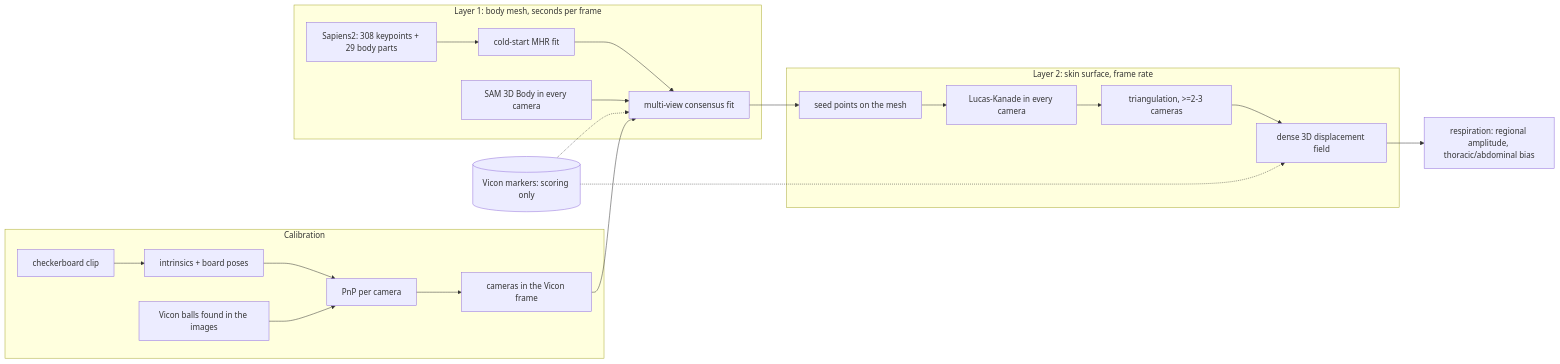
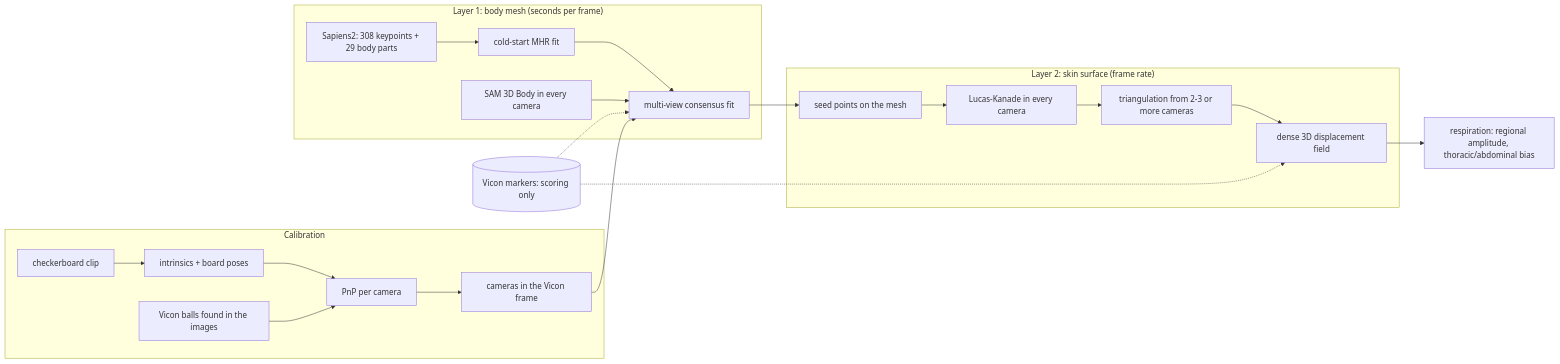
The diagram in README.md (davidthomas411/multi-view-breathing-mesh), drawn with Mermaid before and after one commit. The commit also changed other lines of this file and 14 other files, not shown here.

First line of the commit message:
Add the Sapiens2 cold-start analysis (including its failure on the abdomen), skin-tracking recordings and diagnostics

````diff
--- a/README.md
+++ b/README.md
@@ -39,22 +39,22 @@
 ```mermaid
 flowchart LR
-  subgraph CAL[Calibration]
-    ECal[checkerboard clip] --> Kb[intrinsics + board poses]
-    Balls[Vicon balls found in the images] --> PnP[PnP per camera]
-    Kb --> PnP --> Cams[cameras in the Vicon frame]
+  subgraph CAL["Calibration"]
+    ECal["checkerboard clip"] --> Kb["intrinsics + board poses"]
+    Balls["Vicon balls found in the images"] --> PnP["PnP per camera"]
+    Kb --> PnP --> Cams["cameras in the Vicon frame"]
   end
-  subgraph L1[Layer 1: body mesh, seconds per frame]
-    S2[Sapiens2: 308 keypoints + 29 body parts] --> CS[cold-start MHR fit]
-    SAM[SAM 3D Body in every camera] --> MV[multi-view consensus fit]
+  subgraph L1["Layer 1: body mesh (seconds per frame)"]
+    S2["Sapiens2: 308 keypoints + 29 body parts"] --> CS["cold-start MHR fit"]
+    SAM["SAM 3D Body in every camera"] --> MV["multi-view consensus fit"]
     CS --> MV
   end
-  subgraph L2[Layer 2: skin surface, frame rate]
-    Seeds[seed points on the mesh] --> LK[Lucas-Kanade in every camera]
-    LK --> Tri[triangulation, >=2-3 cameras] --> Disp[dense 3D displacement field]
+  subgraph L2["Layer 2: skin surface (frame rate)"]
+    Seeds["seed points on the mesh"] --> LK["Lucas-Kanade in every camera"]
+    LK --> Tri["triangulation from 2-3 or more cameras"] --> Disp["dense 3D displacement field"]
   end
   Cams --> MV
   MV --> Seeds
-  Disp --> Resp[respiration: regional amplitude, thoracic/abdominal bias]
-  Vicon[(Vicon markers: scoring only)] -.-> MV
+  Disp --> Resp["respiration: regional amplitude, thoracic/abdominal bias"]
+  Vicon[("Vicon markers: scoring only")] -.-> MV
   Vicon -.-> Disp
 ```
````
